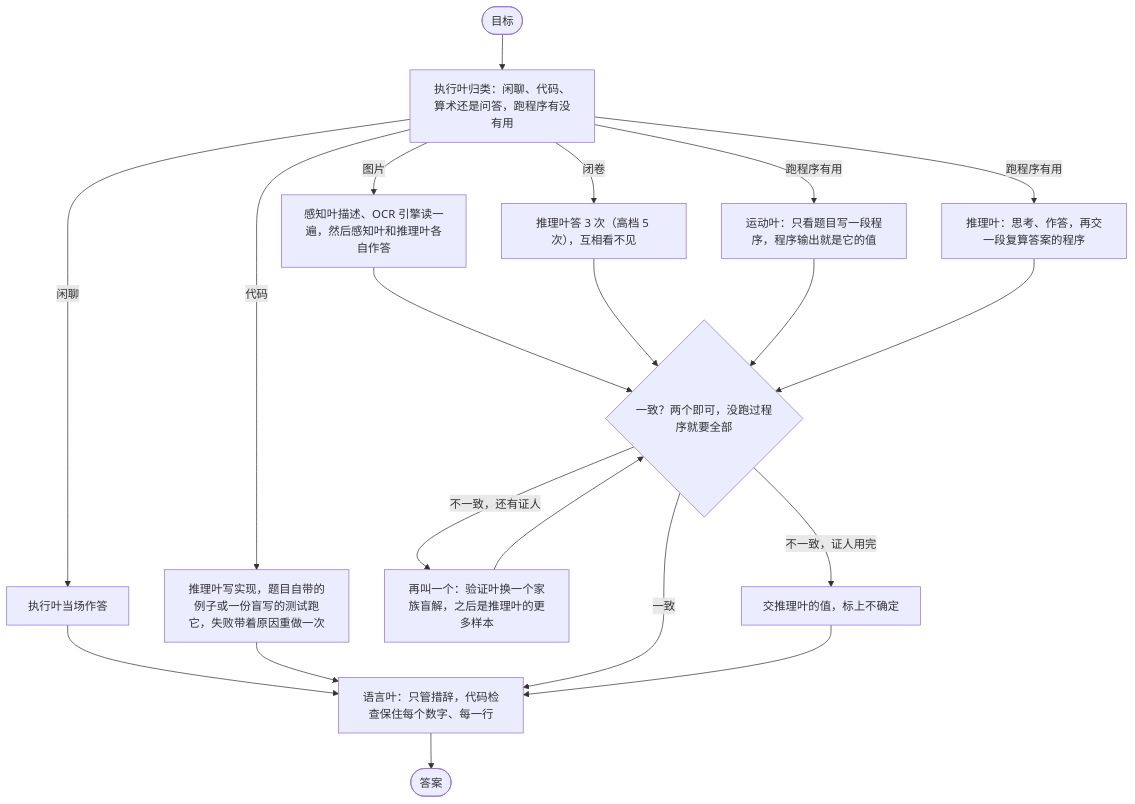
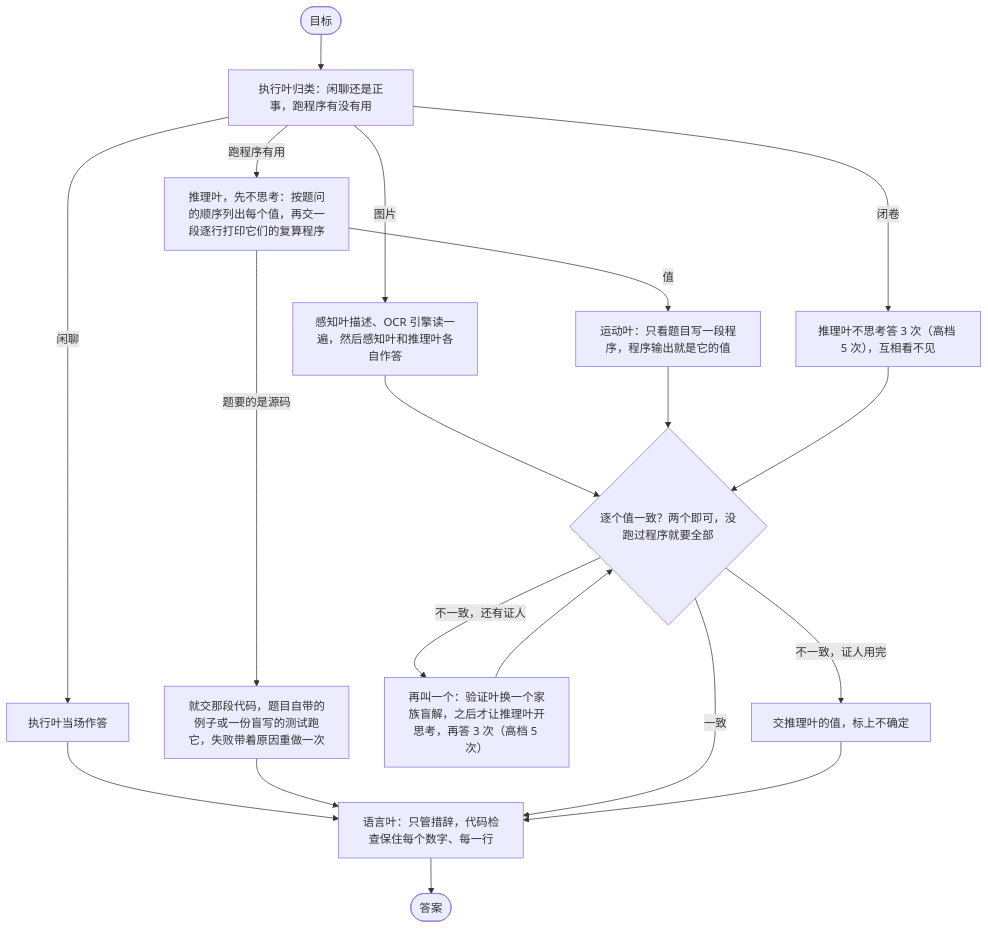
Before and after one commit to VecSzn/lobes: the second of 2 diagrams in README.zh-CN.md, drawn with Mermaid. The commit also changed other lines of this file and 11 other files, not shown here.

````diff
--- a/README.zh-CN.md
+++ b/README.zh-CN.md
@@ -90,13 +90,13 @@
 ```mermaid
 flowchart TD
-  G(["目标"]) --> E["执行叶归类：闲聊、代码、算术还是问答，跑程序有没有用"]
+  G(["目标"]) --> E["执行叶归类：闲聊还是正事，跑程序有没有用"]
   E -->|闲聊| F["执行叶当场作答"] --> L
-  E -->|代码| C["推理叶写实现，题目自带的例子或一份盲写的测试跑它，失败带着原因重做一次"] --> L
   E -->|图片| P["感知叶描述、OCR 引擎读一遍，然后感知叶和推理叶各自作答"] --> A
-  E -->|跑程序有用| M["运动叶：只看题目写一段程序，程序输出就是它的值"] & R["推理叶：思考、作答，再交一段复算答案的程序"]
-  E -->|闭卷| Q["推理叶答 3 次（高档 5 次），互相看不见"] --> A
-  M & R --> A{"一致？两个即可，没跑过程序就要全部"}
-  A -->|不一致，还有证人| V["再叫一个：验证叶换一个家族盲解，之后是推理叶的更多样本"] --> A
+  E -->|跑程序有用| R["推理叶，先不思考：按题问的顺序列出每个值，再交一段逐行打印它们的复算程序"]
+  R -->|题要的是源码| C["就交那段代码，题目自带的例子或一份盲写的测试跑它，失败带着原因重做一次"] --> L
+  R -->|值| M["运动叶：只看题目写一段程序，程序输出就是它的值"] --> A{"逐个值一致？两个即可，没跑过程序就要全部"}
+  E -->|闭卷| Q["推理叶不思考答 3 次（高档 5 次），互相看不见"] --> A
+  A -->|不一致，还有证人| V["再叫一个：验证叶换一个家族盲解，之后才让推理叶开思考，再答 3 次（高档 5 次）"] --> A
   A -->|一致| L["语言叶：只管措辞，代码检查保住每个数字、每一行"] --> ANS(["答案"])
   A -->|不一致，证人用完| H["交推理叶的值，标上不确定"] --> L
 ```
````
